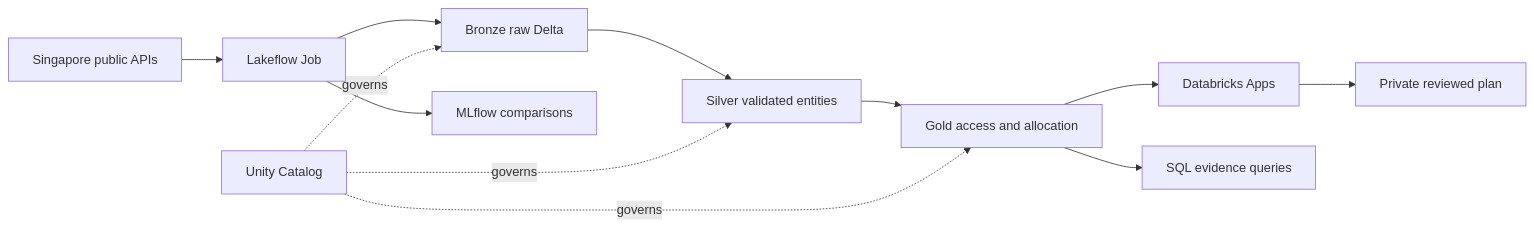
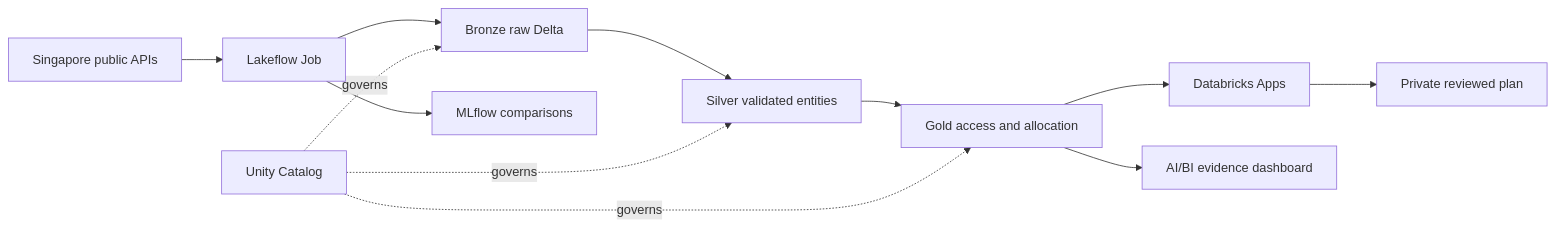
Before and after one commit to shi1720/DAISI: the diagram in README.md, drawn with Mermaid. The commit also changed other lines of this file and 12 other files, not shown here.

````diff
--- a/README.md
+++ b/README.md
@@ -67,14 +71,14 @@
 ```mermaid
 flowchart LR
   A[Singapore public APIs] --> B[Lakeflow Job]
   B --> C[Bronze raw Delta]
   C --> D[Silver validated entities]
   D --> E[Gold access and allocation]
   E --> F[Databricks Apps]
-  E --> G[SQL evidence queries]
+  E --> G[AI/BI evidence dashboard]
   B --> H[MLflow comparisons]
   I[Unity Catalog] -. governs .-> C
   I -. governs .-> D
   I -. governs .-> E
   F --> J[Private reviewed plan]
 ```
````
